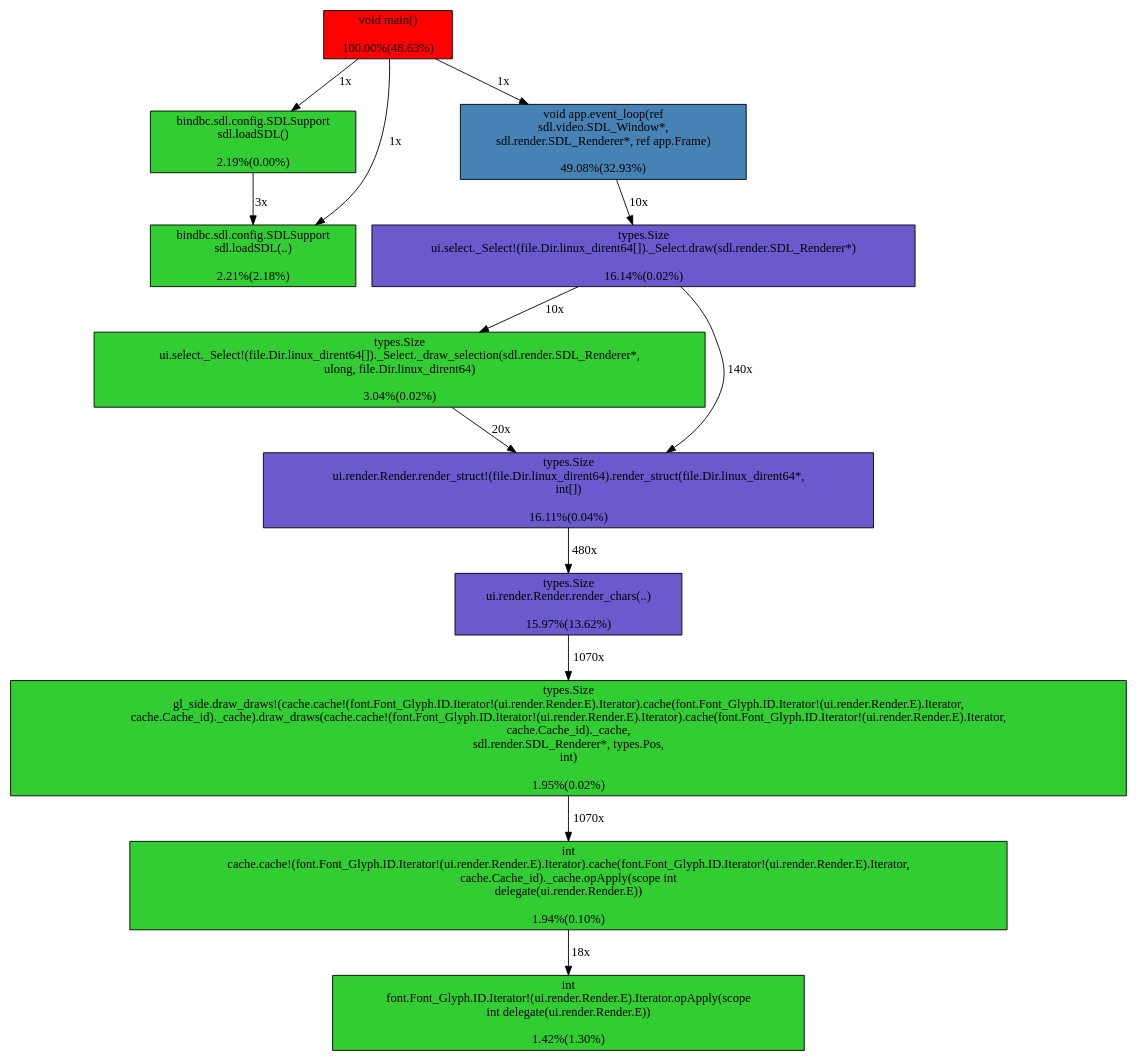
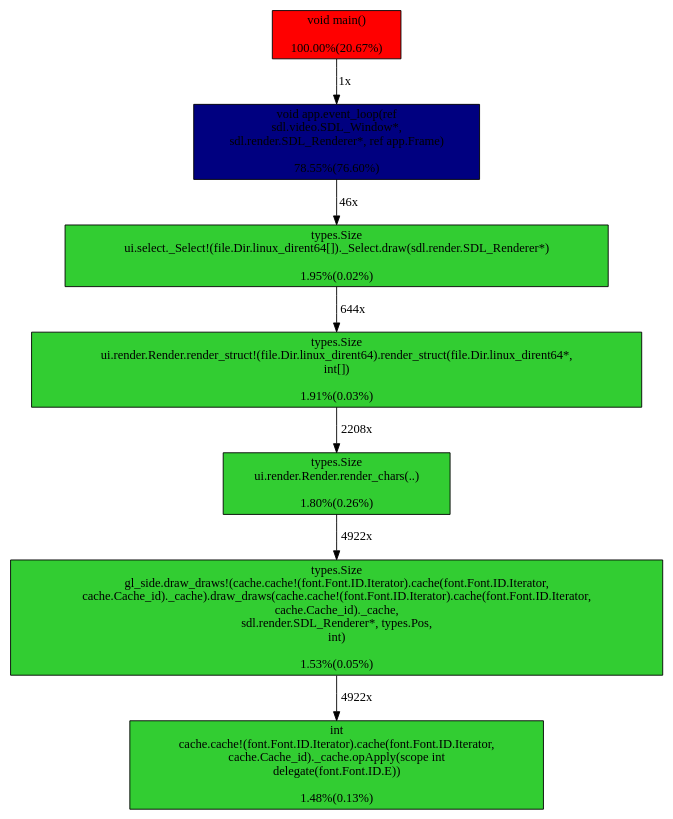
One commit to vitalfadeev/vf3 changed the diagram in file_browser/trace.log.dot. Above: the diagram before and after it, drawn with Graphviz. The commit also changed 10 other files, not shown here.

```diff
--- a/file_browser/trace.log.dot
+++ b/file_browser/trace.log.dot
@@ -1,56 +1,36 @@
 digraph {
-"_D3sdl7loadSDLFNbNiZE6bindbcQBa6config10SDLSupport" [label="bindbc.sdl.config.SDLSupport
-sdl.loadSDL()
-\n2.19%(0.00%)", shape="box", style=filled, fillcolor="limegreen"];
-"_D3sdl7loadSDLFNbNiZE6bindbcQBa6config10SDLSupport" -> "_D3sdl7loadSDLFNbNiPxaZE6bindbcQBd6config10SDLSupport" [label="3x"];
+"_D7gl_side__T10draw_drawsTS5cache__TQjTS4font4Font2ID8IteratorZQBkFQBcSQBs8Cache_idZ6_cacheZQDbFQCsPS3sdl6render12SDL_RendererS5types3PosiZSQn4Size" [label="types.Size
+gl_side.draw_draws!(cache.cache!(font.Font.ID.Iterator).cache(font.Font.ID.Iterator,
+cache.Cache_id)._cache).draw_draws(cache.cache!(font.Font.ID.Iterator).cache(font.Font.ID.Iterator,
+cache.Cache_id)._cache,
+sdl.render.SDL_Renderer*, types.Pos,
+int)
+\n1.53%(0.05%)", shape="box", style=filled, fillcolor="limegreen"];
+"_D7gl_side__T10draw_drawsTS5cache__TQjTS4font4Font2ID8IteratorZQBkFQBcSQBs8Cache_idZ6_cacheZQDbFQCsPS3sdl6render12SDL_RendererS5types3PosiZSQn4Size" -> "_D5cache__TQjTS4font4Font2ID8IteratorZQBkFQBcSQBs8Cache_idZ6_cache7opApplyMFMDFSQCnQClQCj1EZiZi" [label="4922x"];
 "_D3app10event_loopFKPS3sdl5video10SDL_WindowPSQy6render12SDL_RendererKSQCr5FrameZv" [label="void app.event_loop(ref
 sdl.video.SDL_Window*,
 sdl.render.SDL_Renderer*, ref app.Frame)
-\n49.08%(32.93%)", shape="box", style=filled, fillcolor="steelblue"];
-"_D3app10event_loopFKPS3sdl5video10SDL_WindowPSQy6render12SDL_RendererKSQCr5FrameZv" -> "_D2ui6select__T7_SelectTAS4file3Dir14linux_dirent64ZQBl4drawMFPS3sdl6render12SDL_RendererZS5types4Size" [label="10x"];
-"_D5cache__TQjTS4font10Font_Glyph2ID__T8IteratorTS2ui6render6Render1EZQBfZQCtFQClSQDb8Cache_idZ6_cache7opApplyMFMDFQCoZiZi" [label="int
-cache.cache!(font.Font_Glyph.ID.Iterator!(ui.render.Render.E).Iterator).cache(font.Font_Glyph.ID.Iterator!(ui.render.Render.E).Iterator,
-cache.Cache_id)._cache.opApply(scope int
-delegate(ui.render.Render.E))
-\n1.94%(0.10%)", shape="box", style=filled, fillcolor="limegreen"];
-"_D5cache__TQjTS4font10Font_Glyph2ID__T8IteratorTS2ui6render6Render1EZQBfZQCtFQClSQDb8Cache_idZ6_cache7opApplyMFMDFQCoZiZi" -> "_D4font10Font_Glyph2ID__T8IteratorTS2ui6render6Render1EZQBf7opApplyMFMDFQBlZiZi" [label="18x"];
-"_D2ui6select__T7_SelectTAS4file3Dir14linux_dirent64ZQBl15_draw_selectionMFPS3sdl6render12SDL_RenderermQCzZS5types4Size" [label="types.Size
-ui.select._Select!(file.Dir.linux_dirent64[])._Select._draw_selection(sdl.render.SDL_Renderer*,
-ulong, file.Dir.linux_dirent64)
-\n3.04%(0.02%)", shape="box", style=filled, fillcolor="limegreen"];
-"_D2ui6select__T7_SelectTAS4file3Dir14linux_dirent64ZQBl15_draw_selectionMFPS3sdl6render12SDL_RenderermQCzZS5types4Size" -> "_D2ui6render6Render__T13render_structTS4file3Dir14linux_dirent64ZQBrMFPQBhAiZS5types4Size" [label="20x"];
+\n78.55%(76.60%)", shape="box", style=filled, fillcolor="navy"];
+"_D3app10event_loopFKPS3sdl5video10SDL_WindowPSQy6render12SDL_RendererKSQCr5FrameZv" -> "_D2ui6select__T7_SelectTAS4file3Dir14linux_dirent64ZQBl4drawMFPS3sdl6render12SDL_RendererZS5types4Size" [label="46x"];
 "_Dmain" [label="void main()
-\n100.00%(48.63%)", shape="box", style=filled, fillcolor="red"];
-"_Dmain" -> "_D3sdl7loadSDLFNbNiZE6bindbcQBa6config10SDLSupport" [label="1x"];
+\n100.00%(20.67%)", shape="box", style=filled, fillcolor="red"];
 "_Dmain" -> "_D3app10event_loopFKPS3sdl5video10SDL_WindowPSQy6render12SDL_RendererKSQCr5FrameZv" [label="1x"];
-"_Dmain" -> "_D3sdl7loadSDLFNbNiPxaZE6bindbcQBd6config10SDLSupport" [label="1x"];
 "_D2ui6render6Render12render_charsMFAaZS5types4Size" [label="types.Size
 ui.render.Render.render_chars(..)
-\n15.97%(13.62%)", shape="box", style=filled, fillcolor="slateblue"];
-"_D2ui6render6Render12render_charsMFAaZS5types4Size" -> "_D7gl_side__T10draw_drawsTS5cache__TQjTS4font10Font_Glyph2ID__T8IteratorTS2ui6render6Render1EZQBfZQCtFQClSQDb8Cache_idZ6_cacheZQEkFQEbPS3sdlQCl12SDL_RendererS5types3PosiZSQn4Size" [label="1070x"];
-"_D4font10Font_Glyph2ID__T8IteratorTS2ui6render6Render1EZQBf7opApplyMFMDFQBlZiZi" [label="int
-font.Font_Glyph.ID.Iterator!(ui.render.Render.E).Iterator.opApply(scope
-int delegate(ui.render.Render.E))
-\n1.42%(1.30%)", shape="box", style=filled, fillcolor="limegreen"];
-"_D7gl_side__T10draw_drawsTS5cache__TQjTS4font10Font_Glyph2ID__T8IteratorTS2ui6render6Render1EZQBfZQCtFQClSQDb8Cache_idZ6_cacheZQEkFQEbPS3sdlQCl12SDL_RendererS5types3PosiZSQn4Size" [label="types.Size
-gl_side.draw_draws!(cache.cache!(font.Font_Glyph.ID.Iterator!(ui.render.Render.E).Iterator).cache(font.Font_Glyph.ID.Iterator!(ui.render.Render.E).Iterator,
-cache.Cache_id)._cache).draw_draws(cache.cache!(font.Font_Glyph.ID.Iterator!(ui.render.Render.E).Iterator).cache(font.Font_Glyph.ID.Iterator!(ui.render.Render.E).Iterator,
-cache.Cache_id)._cache,
-sdl.render.SDL_Renderer*, types.Pos,
-int)
-\n1.95%(0.02%)", shape="box", style=filled, fillcolor="limegreen"];
-"_D7gl_side__T10draw_drawsTS5cache__TQjTS4font10Font_Glyph2ID__T8IteratorTS2ui6render6Render1EZQBfZQCtFQClSQDb8Cache_idZ6_cacheZQEkFQEbPS3sdlQCl12SDL_RendererS5types3PosiZSQn4Size" -> "_D5cache__TQjTS4font10Font_Glyph2ID__T8IteratorTS2ui6render6Render1EZQBfZQCtFQClSQDb8Cache_idZ6_cache7opApplyMFMDFQCoZiZi" [label="1070x"];
+\n1.80%(0.26%)", shape="box", style=filled, fillcolor="limegreen"];
+"_D2ui6render6Render12render_charsMFAaZS5types4Size" -> "_D7gl_side__T10draw_drawsTS5cache__TQjTS4font4Font2ID8IteratorZQBkFQBcSQBs8Cache_idZ6_cacheZQDbFQCsPS3sdl6render12SDL_RendererS5types3PosiZSQn4Size" [label="4922x"];
 "_D2ui6select__T7_SelectTAS4file3Dir14linux_dirent64ZQBl4drawMFPS3sdl6render12SDL_RendererZS5types4Size" [label="types.Size
 ui.select._Select!(file.Dir.linux_dirent64[])._Select.draw(sdl.render.SDL_Renderer*)
-\n16.14%(0.02%)", shape="box", style=filled, fillcolor="slateblue"];
-"_D2ui6select__T7_SelectTAS4file3Dir14linux_dirent64ZQBl4drawMFPS3sdl6render12SDL_RendererZS5types4Size" -> "_D2ui6select__T7_SelectTAS4file3Dir14linux_dirent64ZQBl15_draw_selectionMFPS3sdl6render12SDL_RenderermQCzZS5types4Size" [label="10x"];
-"_D2ui6select__T7_SelectTAS4file3Dir14linux_dirent64ZQBl4drawMFPS3sdl6render12SDL_RendererZS5types4Size" -> "_D2ui6render6Render__T13render_structTS4file3Dir14linux_dirent64ZQBrMFPQBhAiZS5types4Size" [label="140x"];
+\n1.95%(0.02%)", shape="box", style=filled, fillcolor="limegreen"];
+"_D2ui6select__T7_SelectTAS4file3Dir14linux_dirent64ZQBl4drawMFPS3sdl6render12SDL_RendererZS5types4Size" -> "_D2ui6render6Render__T13render_structTS4file3Dir14linux_dirent64ZQBrMFPQBhAiZS5types4Size" [label="644x"];
 "_D2ui6render6Render__T13render_structTS4file3Dir14linux_dirent64ZQBrMFPQBhAiZS5types4Size" [label="types.Size
 ui.render.Render.render_struct!(file.Dir.linux_dirent64).render_struct(file.Dir.linux_dirent64*,
 int[])
-\n16.11%(0.04%)", shape="box", style=filled, fillcolor="slateblue"];
-"_D2ui6render6Render__T13render_structTS4file3Dir14linux_dirent64ZQBrMFPQBhAiZS5types4Size" -> "_D2ui6render6Render12render_charsMFAaZS5types4Size" [label="480x"];
-"_D3sdl7loadSDLFNbNiPxaZE6bindbcQBd6config10SDLSupport" [label="bindbc.sdl.config.SDLSupport
-sdl.loadSDL(..)
-\n2.21%(2.18%)", shape="box", style=filled, fillcolor="limegreen"];
+\n1.91%(0.03%)", shape="box", style=filled, fillcolor="limegreen"];
+"_D2ui6render6Render__T13render_structTS4file3Dir14linux_dirent64ZQBrMFPQBhAiZS5types4Size" -> "_D2ui6render6Render12render_charsMFAaZS5types4Size" [label="2208x"];
+"_D5cache__TQjTS4font4Font2ID8IteratorZQBkFQBcSQBs8Cache_idZ6_cache7opApplyMFMDFSQCnQClQCj1EZiZi" [label="int
+cache.cache!(font.Font.ID.Iterator).cache(font.Font.ID.Iterator,
+cache.Cache_id)._cache.opApply(scope int
+delegate(font.Font.ID.E))
+\n1.48%(0.13%)", shape="box", style=filled, fillcolor="limegreen"];
 }
```
